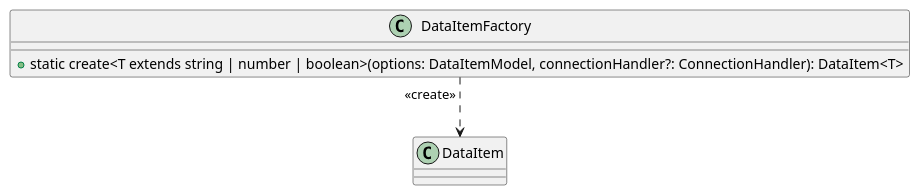
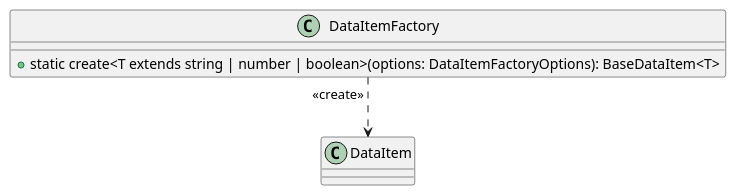
Before and after one commit to p2o-lab/polaris-backend: the diagram in src/modularPlantManager/pea/dataAssembly/dataItem/DataItemFactory.puml, drawn with PlantUML. The commit also changed 1 other file, not shown here.

Commit message:
updated definitions of .puml files (./dataItem)

```diff
--- a/src/modularPlantManager/pea/dataAssembly/dataItem/DataItemFactory.puml
+++ b/src/modularPlantManager/pea/dataAssembly/dataItem/DataItemFactory.puml
@@ -25,10 +25,10 @@
 @startuml
 'https://plantuml.com/class-diagram
 
 class DataItemFactory{
-   + static create<T extends string | number | boolean>(options: DataItemModel, connectionHandler?: ConnectionHandler): DataItem<T>
+   + static create<T extends string | number | boolean>(options: DataItemFactoryOptions): BaseDataItem<T>
 }
 
 DataItemFactory "<<create>>"..> DataItem
 
 @enduml
```
